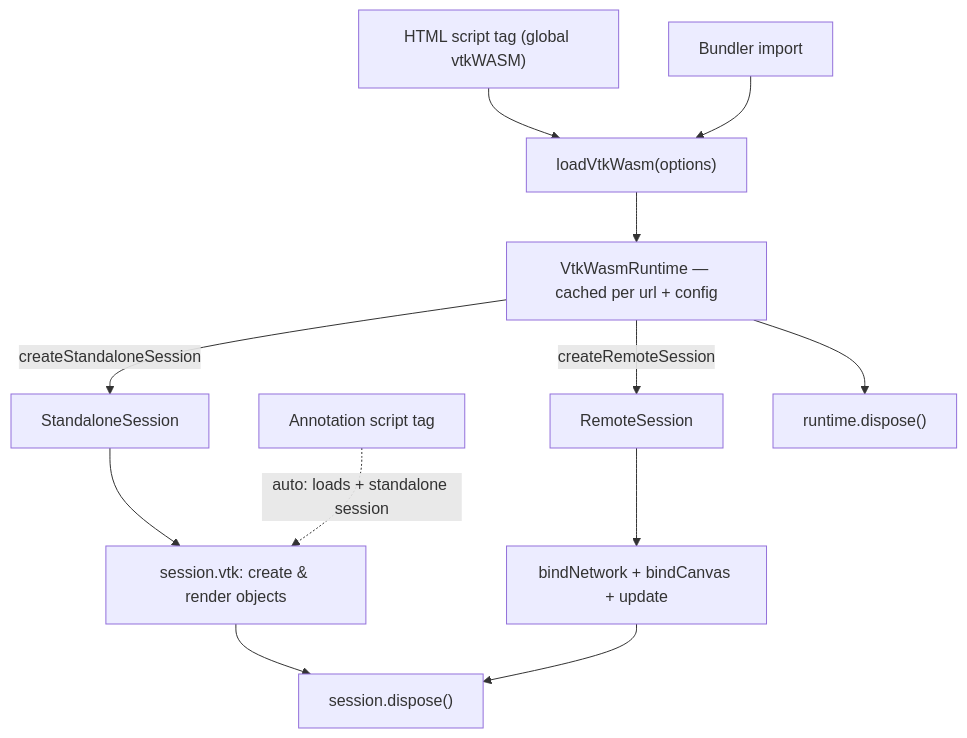
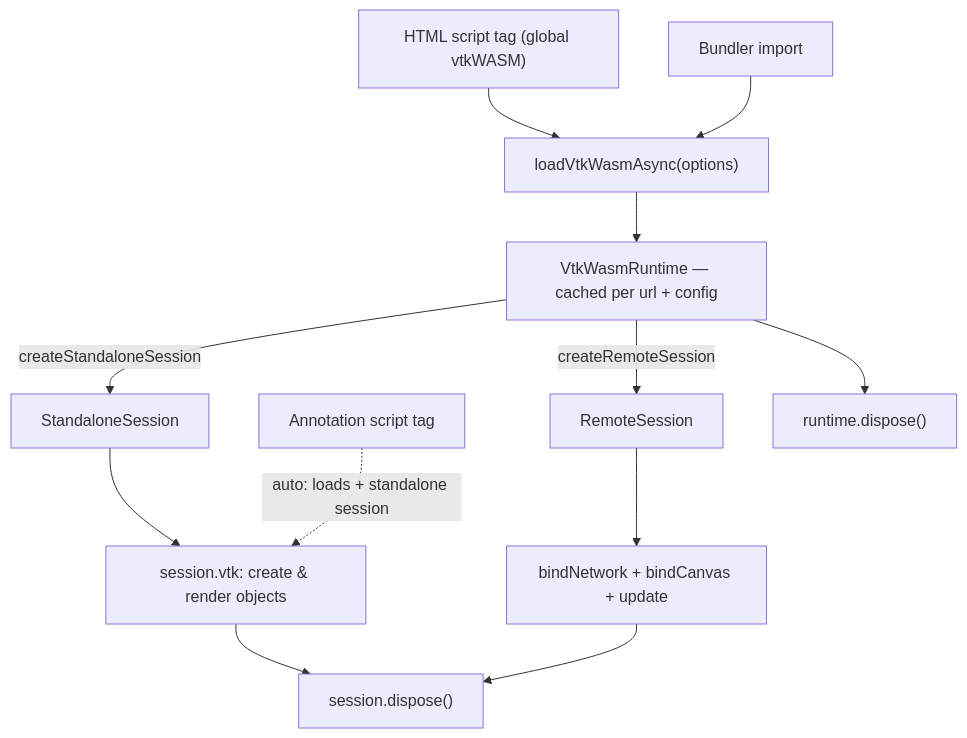
The diagram in docs/guide/js/loading.md (Kitware/vtk-wasm), drawn with Mermaid before and after one commit. The commit also changed other lines of this file and 18 other files, not shown here.

````diff
--- a/docs/guide/js/loading.md
+++ b/docs/guide/js/loading.md
@@ -5,22 +5,22 @@
 ```mermaid
 flowchart TD
     ST["HTML script tag (global vtkWASM)"]
     BD["Bundler import"]
     AN["Annotation script tag"]
 
-    ST --> LF["loadVtkWasm(options)"]
+    ST --> LF["loadVtkWasmAsync(options)"]
     BD --> LF
     LF --> RT["VtkWasmRuntime — cached per url + config"]
 
     RT -->|createStandaloneSession| SS["StandaloneSession"]
     RT -->|createRemoteSession| RS["RemoteSession"]
 
     SS --> NS["session.vtk: create & render objects"]
     RS --> RW["bindNetwork + bindCanvas + update"]
 
     AN -.->|auto: loads + standalone session| NS
 
     NS --> DS["session.dispose()"]
     RW --> DS
     RT --> DR["runtime.dispose()"]
 ```
````
